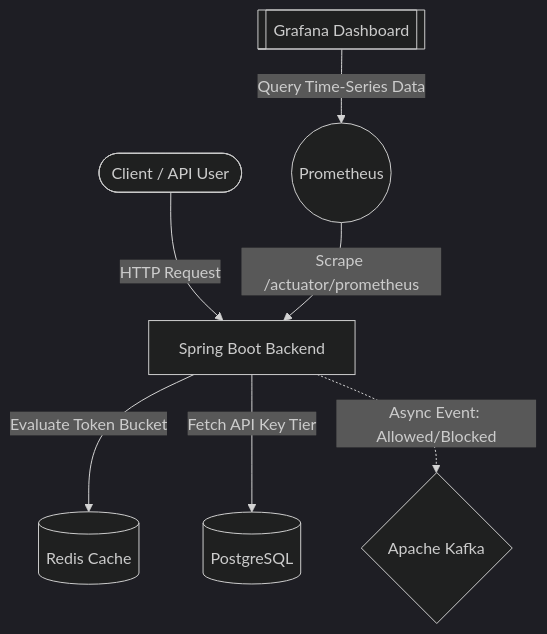
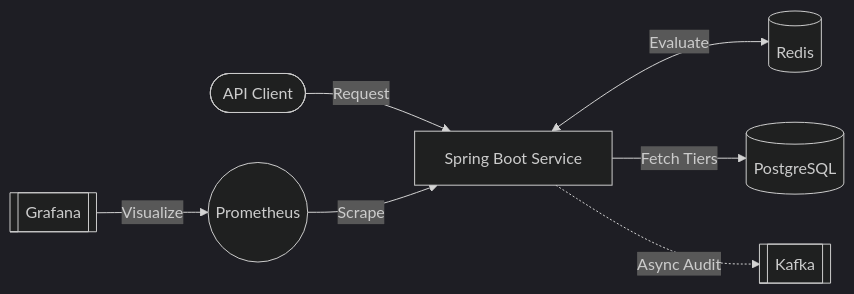
Before and after one commit to AyushSinha2603/distributed-rate-limiter: the diagram in README.md, drawn with Mermaid (dark theme). The commit also changed other lines of this file, not shown here.

````diff
--- a/README.md
+++ b/README.md
@@ -24,9 +15,9 @@
 ```mermaid
-graph TD;
-    Client([Client / API User]) -->|HTTP Request| API[Spring Boot Backend]
-    API -->|Evaluate Token Bucket| Redis[(Redis Cache)]
-    API -->|Fetch API Key Tier| DB[(PostgreSQL)]
-    API -.->|Async Event: Allowed/Blocked| Kafka{Apache Kafka}
-    Prometheus((Prometheus)) -->|Scrape /actuator/prometheus| API
-    Grafana[[Grafana Dashboard]] -->|Query Time-Series Data| Prometheus
+flowchart LR
+    Client([API Client]) -->|Request| App[Spring Boot Service]
+    App <-->|Evaluate| Redis[(Redis)]
+    App -->|Fetch Tiers| PG[(PostgreSQL)]
+    App -.->|Async Audit| Kafka[[Kafka]]
+    Prometheus((Prometheus)) -->|Scrape| App
+    Grafana[[Grafana]] -->|Visualize| Prometheus
 ```
````
